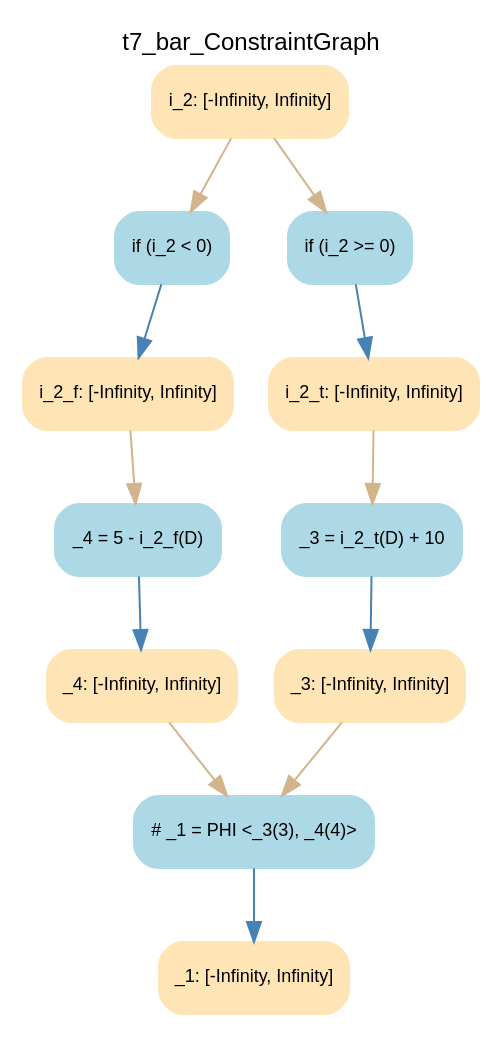
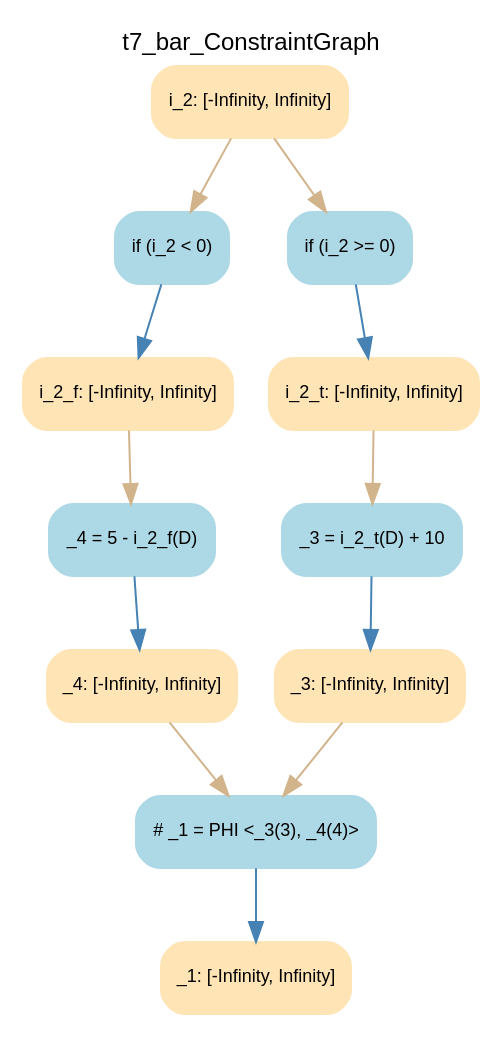
One commit to DeleteMemoryyy/RangeAnalysis changed the diagram in dot/t7_bar_ConstraintGraph.dot. Above: the diagram before and after it, drawn with Graphviz. The commit also changed 76 other files, not shown here.

```diff
--- a/dot/t7_bar_ConstraintGraph.dot
+++ b/dot/t7_bar_ConstraintGraph.dot
@@ -1,33 +1,33 @@
 digraph t7_bar_ConstraintGraph { 
 	label=t7_bar_ConstraintGraph
 	center=true
 	labelloc=top
 	fontname=Arial
 	fontsize=12
 	edge[fontname=Arial, fontsize=10]
 	node[fontname=Arial, fontsize=9]
 
 		Node_0 -> Node_1 [color=steelblue]
 		Node_2 -> Node_3 [color=steelblue]
 		Node_4 -> Node_5 [color=steelblue]
 		Node_6 -> Node_7 [color=steelblue]
 		Node_8 -> Node_9 [color=steelblue]
-		Node_5 -> Node_2 [color=tan]
 		Node_9 -> Node_0 [color=tan]
-		Node_7 -> Node_4 [color=tan]
-		Node_10 -> Node_6 [color=tan]
-		Node_10 -> Node_8 [color=tan]
-		Node_1 -> Node_2 [color=tan]
+		Node_10 -> Node_2 [color=tan]
+		Node_10 -> Node_4 [color=tan]
+		Node_5 -> Node_6 [color=tan]
+		Node_3 -> Node_8 [color=tan]
+		Node_7 -> Node_0 [color=tan]
 
-	Node_0 [fillcolor=lightblue, color=lightblue, shape=Mrecord, style=filled, label="{ _3 = i_2_t(D) + 10 }"]
-	Node_2 [fillcolor=lightblue, color=lightblue, shape=Mrecord, style=filled, label="{ # _1 = PHI \<_3(3), _4(4)\> }"]
-	Node_4 [fillcolor=lightblue, color=lightblue, shape=Mrecord, style=filled, label="{ _4 = 5 - i_2_f(D) }"]
-	Node_6 [fillcolor=lightblue, color=lightblue, shape=Mrecord, style=filled, label="{ if (i_2 \< 0) }"]
-	Node_8 [fillcolor=lightblue, color=lightblue, shape=Mrecord, style=filled, label="{ if (i_2 \>= 0) }"]
-	Node_5 [fillcolor=moccasin, color=moccasin, shape=Mrecord, style=filled, label="{ _4: \[-Infinity, Infinity\] }"]
-	Node_3 [fillcolor=moccasin, color=moccasin, shape=Mrecord, style=filled, label="{ _1: \[-Infinity, Infinity\] }"]
-	Node_9 [fillcolor=moccasin, color=moccasin, shape=Mrecord, style=filled, label="{ i_2_t: \[-Infinity, Infinity\] }"]
-	Node_7 [fillcolor=moccasin, color=moccasin, shape=Mrecord, style=filled, label="{ i_2_f: \[-Infinity, Infinity\] }"]
+	Node_0 [fillcolor=lightblue, color=lightblue, shape=Mrecord, style=filled, label="{ # _1 = PHI \<_3(3), _4(4)\> }"]
+	Node_2 [fillcolor=lightblue, color=lightblue, shape=Mrecord, style=filled, label="{ if (i_2 \< 0) }"]
+	Node_4 [fillcolor=lightblue, color=lightblue, shape=Mrecord, style=filled, label="{ if (i_2 \>= 0) }"]
+	Node_6 [fillcolor=lightblue, color=lightblue, shape=Mrecord, style=filled, label="{ _3 = i_2_t(D) + 10 }"]
+	Node_8 [fillcolor=lightblue, color=lightblue, shape=Mrecord, style=filled, label="{ _4 = 5 - i_2_f(D) }"]
+	Node_1 [fillcolor=moccasin, color=moccasin, shape=Mrecord, style=filled, label="{ _1: \[-Infinity, Infinity\] }"]
+	Node_9 [fillcolor=moccasin, color=moccasin, shape=Mrecord, style=filled, label="{ _4: \[-Infinity, Infinity\] }"]
 	Node_10 [fillcolor=moccasin, color=moccasin, shape=Mrecord, style=filled, label="{ i_2: \[-Infinity, Infinity\] }"]
-	Node_1 [fillcolor=moccasin, color=moccasin, shape=Mrecord, style=filled, label="{ _3: \[-Infinity, Infinity\] }"]
+	Node_5 [fillcolor=moccasin, color=moccasin, shape=Mrecord, style=filled, label="{ i_2_t: \[-Infinity, Infinity\] }"]
+	Node_3 [fillcolor=moccasin, color=moccasin, shape=Mrecord, style=filled, label="{ i_2_f: \[-Infinity, Infinity\] }"]
+	Node_7 [fillcolor=moccasin, color=moccasin, shape=Mrecord, style=filled, label="{ _3: \[-Infinity, Infinity\] }"]
 }
```
